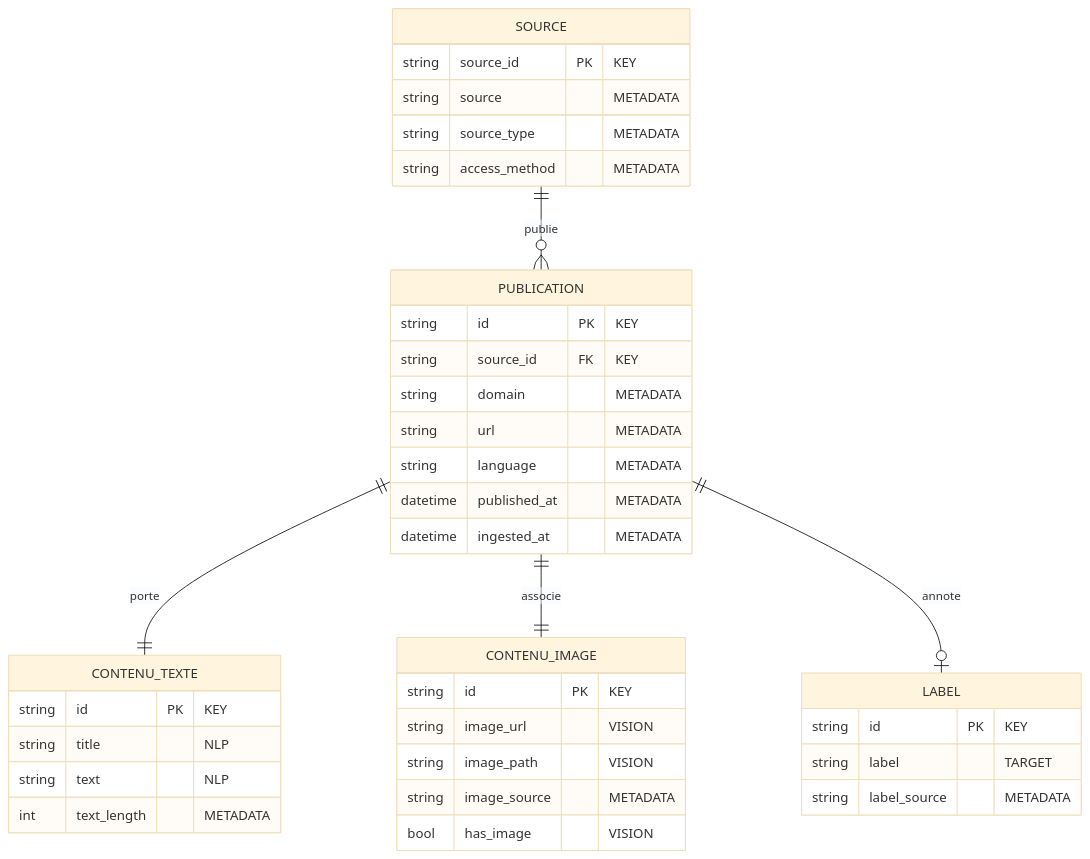
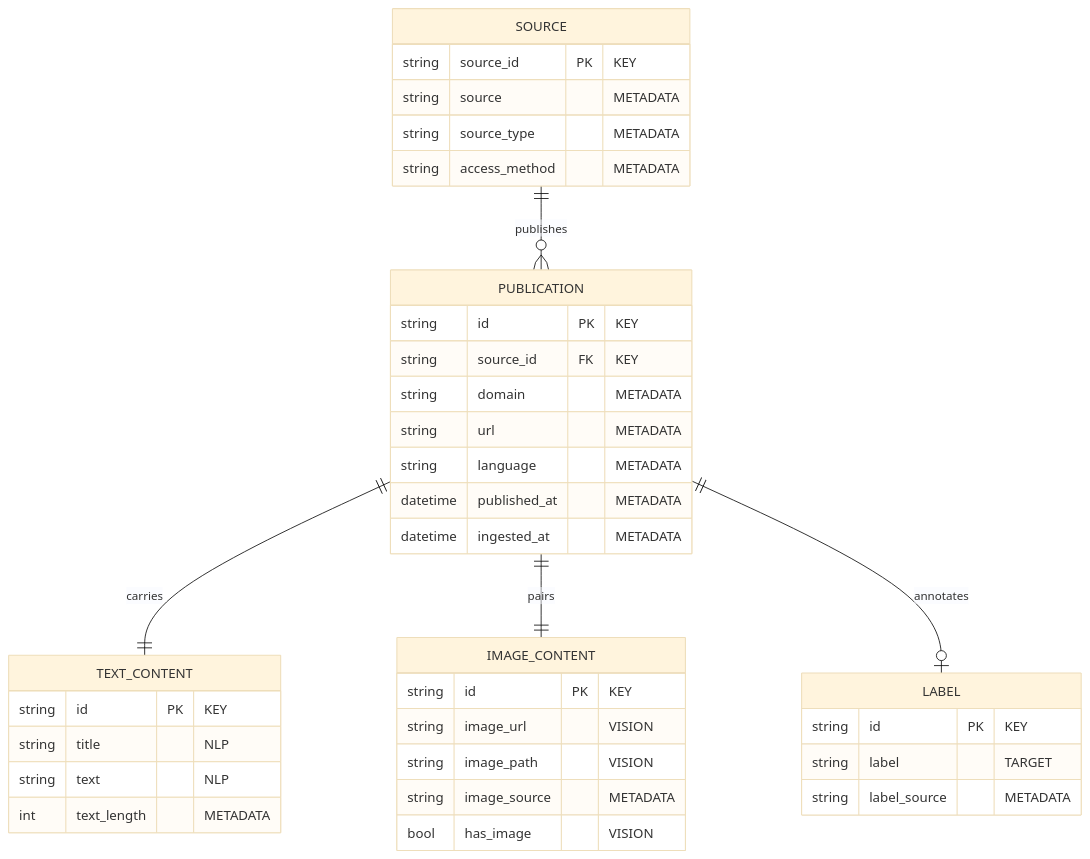
Before and after one commit to BenoitJT-GIRARD/lab-multimodal-etl-airflow: the diagram in docs/data_schema.mmd, drawn with Mermaid (base theme). The commit also changed 37 other files, not shown here.

```diff
--- a/docs/data_schema.mmd
+++ b/docs/data_schema.mmd
@@ -1,43 +1,43 @@
 erDiagram
-    SOURCE ||--o{ PUBLICATION : publie
-    PUBLICATION ||--|| CONTENU_TEXTE : porte
-    PUBLICATION ||--|| CONTENU_IMAGE : associe
-    PUBLICATION ||--o| LABEL : annote
+    SOURCE ||--o{ PUBLICATION : publishes
+    PUBLICATION ||--|| TEXT_CONTENT : carries
+    PUBLICATION ||--|| IMAGE_CONTENT : pairs
+    PUBLICATION ||--o| LABEL : annotates
 
     PUBLICATION {
         string id PK "KEY"
         string source_id FK "KEY"
         string domain  "METADATA"
         string url  "METADATA"
         string language  "METADATA"
         datetime published_at  "METADATA"
         datetime ingested_at  "METADATA"
     }
 
     SOURCE {
         string source_id PK "KEY"
         string source  "METADATA"
         string source_type  "METADATA"
         string access_method  "METADATA"
     }
 
-    CONTENU_TEXTE {
+    TEXT_CONTENT {
         string id PK "KEY"
         string title  "NLP"
         string text  "NLP"
         int text_length  "METADATA"
     }
 
-    CONTENU_IMAGE {
+    IMAGE_CONTENT {
         string id PK "KEY"
         string image_url  "VISION"
         string image_path  "VISION"
         string image_source  "METADATA"
         bool has_image  "VISION"
     }
 
     LABEL {
         string id PK "KEY"
         string label  "TARGET"
         string label_source  "METADATA"
     }
```
